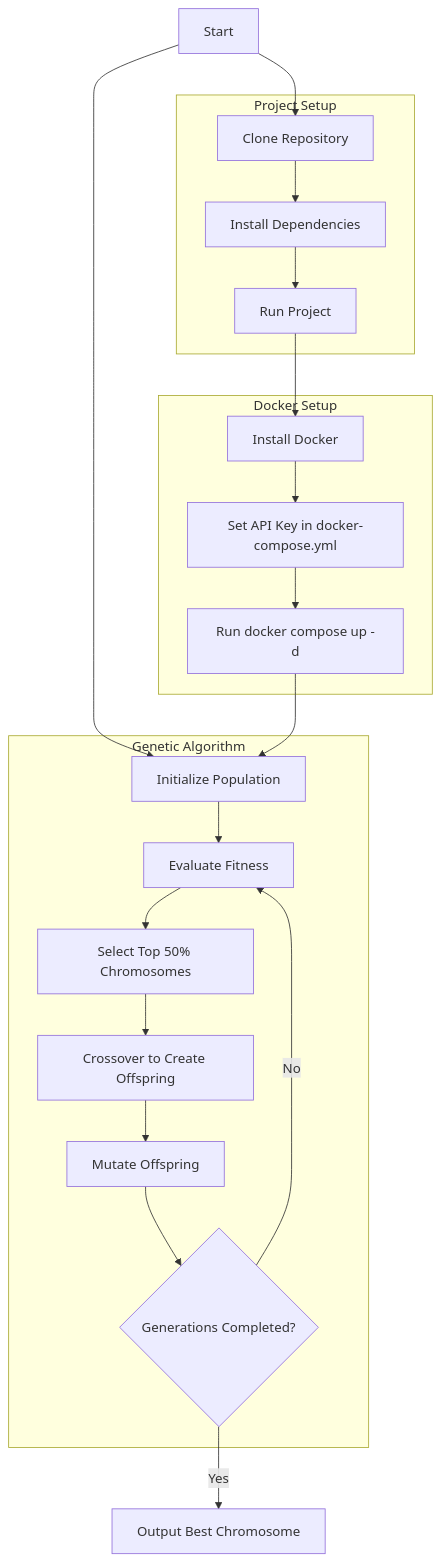
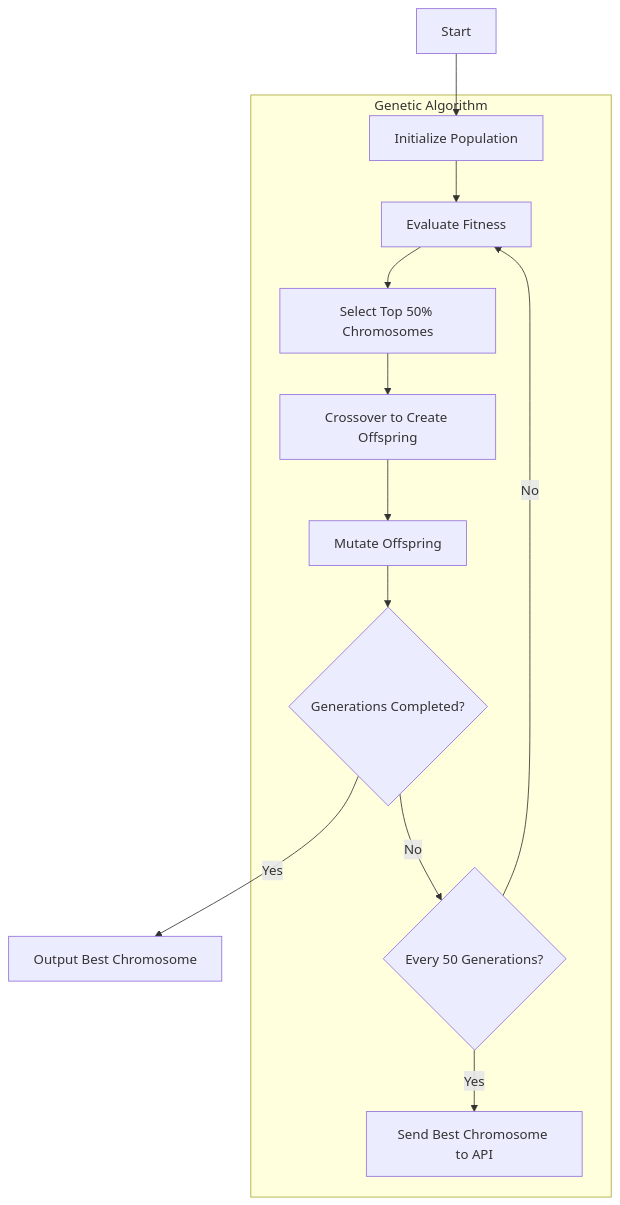
Before and after one commit to Adilius/considition-2024: the diagram in README.md, drawn with Mermaid. The commit also changed other lines of this file, not shown here.

Commit message:
Mermaid graph

````diff
--- a/README.md
+++ b/README.md
@@ -50,40 +50,24 @@
 ```mermaid
 graph TD
     A[Start] --> B[Initialize Population]
     B --> C[Evaluate Fitness]
     C --> D[Select Top 50% Chromosomes]
     D --> E[Crossover to Create Offspring]
     E --> F[Mutate Offspring]
     F --> G{Generations Completed?}
     G -- Yes --> H[Output Best Chromosome]
-    G -- No --> C
+    G -- No --> I{Every 50 Generations?}
+    I -- Yes --> J[Send Best Chromosome to API]
+    I -- No --> C
 
     subgraph Genetic Algorithm
         B
         C
         D
         E
         F
         G
+        I
+        J
     end
-
-    subgraph Docker Setup
-        I[Install Docker]
-        J[Set API Key in docker-compose.yml]
-        K[Run docker compose up -d]
-    end
-
-    subgraph Project Setup
-        L[Clone Repository]
-        M[Install Dependencies]
-        N[Run Project]
-    end
-
-    A --> L
-    L --> M
-    M --> N
-    N --> I
-    I --> J
-    J --> K
-    K --> B
 ```
````
